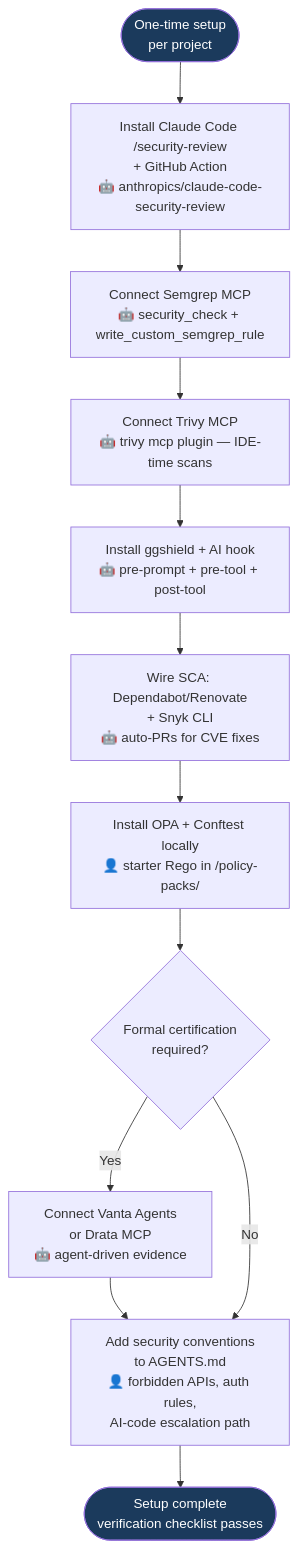
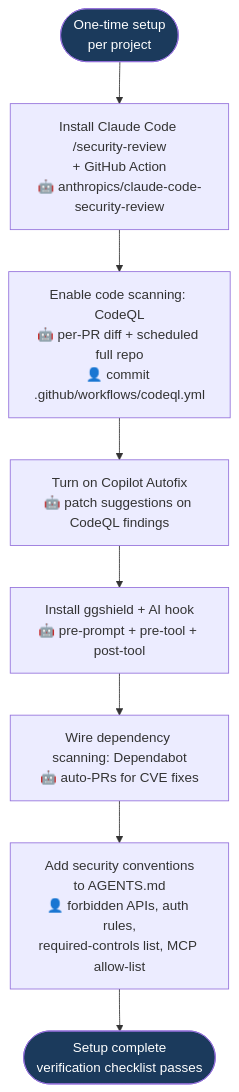
The first of 9 diagrams in aidlc-phases/05-security/FLOWCHART.md (kalpat-allion/ai-dlc), drawn with Mermaid before and after one commit. The commit also changed other lines of this file and 39 other files, not shown here.

````diff
--- a/aidlc-phases/05-security/FLOWCHART.md
+++ b/aidlc-phases/05-security/FLOWCHART.md
@@ -39,19 +35,15 @@
 ```mermaid
 flowchart TD
     SETUP_START([One-time setup<br/>per project]) --> SR_CMD
 
-    SR_CMD[Install Claude Code /security-review<br/>+ GitHub Action<br/>🤖 anthropics/claude-code-security-review] --> SEMGREP_MCP
-    SEMGREP_MCP[Connect Semgrep MCP<br/>🤖 security_check + write_custom_semgrep_rule] --> TRIVY_MCP
-    TRIVY_MCP[Connect Trivy MCP<br/>🤖 trivy mcp plugin — IDE-time scans] --> GG_AI
-    GG_AI[Install ggshield + AI hook<br/>🤖 pre-prompt + pre-tool + post-tool] --> SCA_AUTH
-    SCA_AUTH[Wire SCA: Dependabot/Renovate<br/>+ Snyk CLI<br/>🤖 auto-PRs for CVE fixes] --> OPA_LOCAL
-    OPA_LOCAL[Install OPA + Conftest locally<br/>👤 starter Rego in /policy-packs/] --> COMPLIANCE_MCP
-    COMPLIANCE_MCP{Formal certification<br/>required?}
-    COMPLIANCE_MCP -- Yes --> VANTA[Connect Vanta Agents<br/>or Drata MCP<br/>🤖 agent-driven evidence] --> AGENTS_MD
-    COMPLIANCE_MCP -- No --> AGENTS_MD
-    AGENTS_MD[Add security conventions<br/>to AGENTS.md<br/>👤 forbidden APIs, auth rules,<br/>AI-code escalation path] --> SETUP_DONE
+    SR_CMD[Install Claude Code /security-review<br/>+ GitHub Action<br/>🤖 anthropics/claude-code-security-review] --> CODEQL_SETUP
+    CODEQL_SETUP[Enable code scanning: CodeQL<br/>🤖 per-PR diff + scheduled full repo<br/>👤 commit .github/workflows/codeql.yml] --> AUTOFIX_ON
+    AUTOFIX_ON[Turn on Copilot Autofix<br/>🤖 patch suggestions on CodeQL findings] --> GG_AI
+    GG_AI[Install ggshield + AI hook<br/>🤖 pre-prompt + pre-tool + post-tool] --> DEPENDABOT
+    DEPENDABOT[Wire dependency scanning: Dependabot<br/>🤖 auto-PRs for CVE fixes] --> AGENTS_MD
+    AGENTS_MD[Add security conventions<br/>to AGENTS.md<br/>👤 forbidden APIs, auth rules,<br/>required-controls list, MCP allow-list] --> SETUP_DONE
     SETUP_DONE([Setup complete<br/>verification checklist passes])
 
     style SETUP_START fill:#1B3A5C,color:#fff
     style SETUP_DONE fill:#1B3A5C,color:#fff
 ```
````
